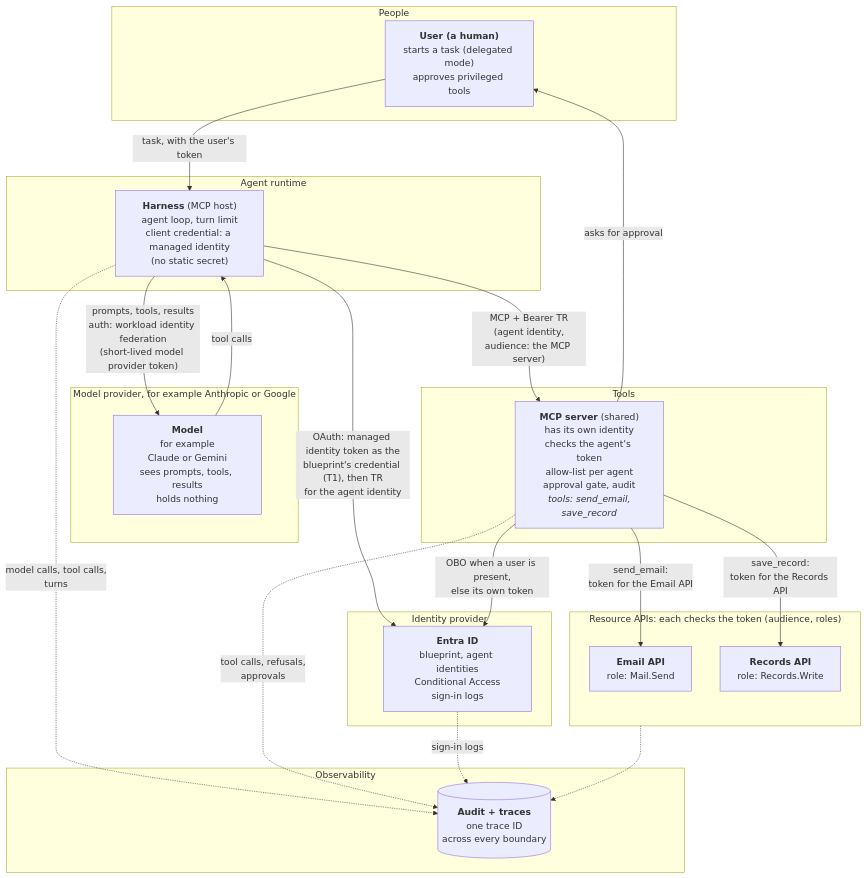
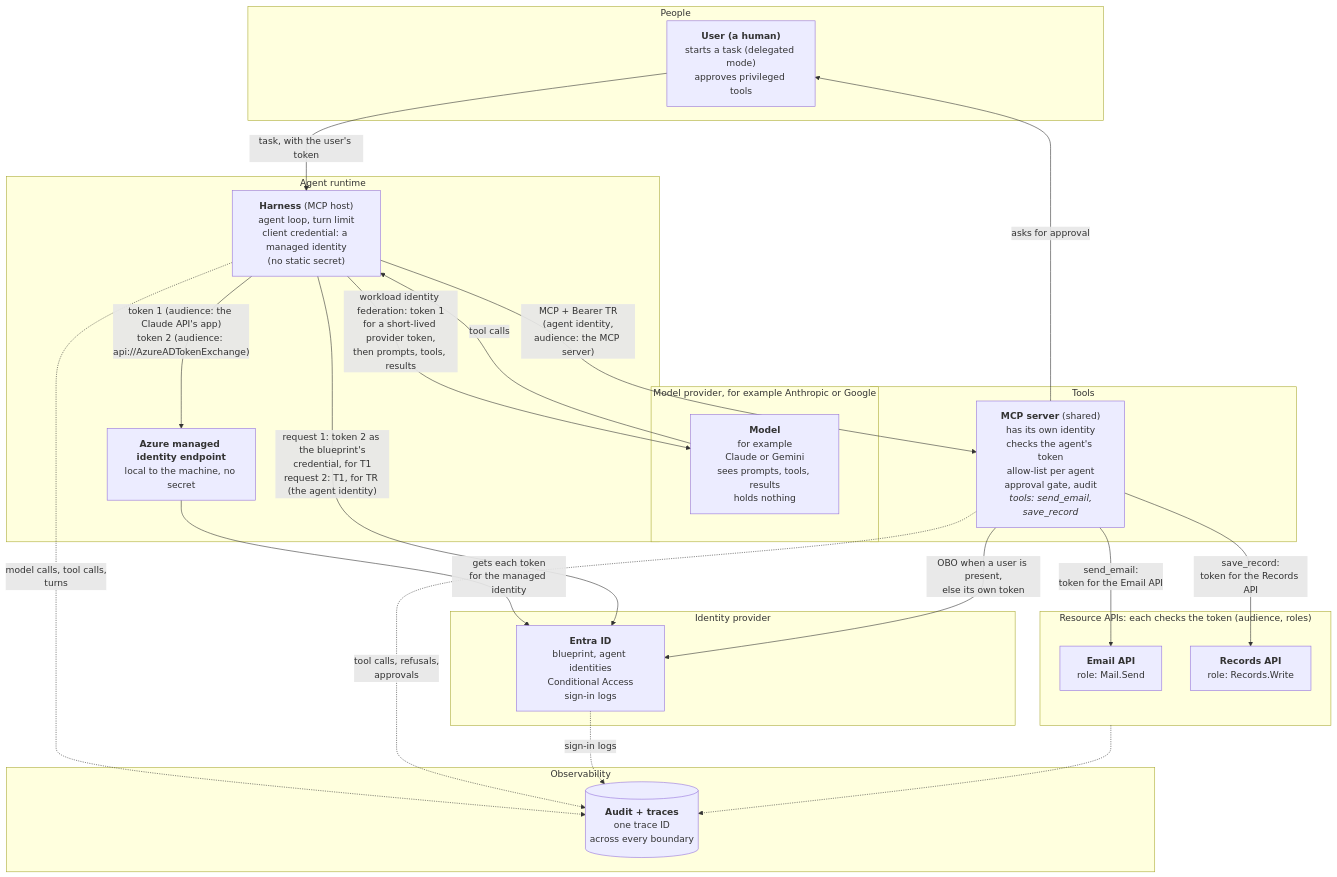
One commit to alireza-mpr/agent-steward changed the first of 2 diagrams in docs/agent-architecture.md. Above: the diagram before and after it, drawn with Mermaid. The commit also changed other lines of this file and 1 other file, not shown here.

Commit message:
docs: the harness's two Entra-issued tokens, and the grant type of every token request
- authentication.md: token 1 (Claude API audience) and token 2 (api://AzureADTokenExchange), each from the managed identity endpoint
- every token request names its full grant_type, and its client_assertion_type where a JWT proves the client
- a short note tells the two jwt-bearer values apart (RFC 7523, sections 2.1 and 2.2)
- agent-architecture.md: the enterprise diagram shows the managed identity endpoint; the harness "authenticates to" the model provider
- diagram placeholders use #lt; and #gt;, so Mermaid does not drop them as HTML

````diff
--- a/docs/agent-architecture.md
+++ b/docs/agent-architecture.md
@@ -57,45 +57,48 @@
 ```mermaid
 flowchart TB
     subgraph PEOPLE["People"]
         USER["<b>User (a human)</b><br/>starts a task (delegated mode)<br/>approves privileged tools"]
     end
 
     subgraph PROVIDER["Model provider, for example Anthropic or Google"]
         MODEL["<b>Model</b><br/>for example<br/>Claude or Gemini<br/>sees prompts, tools, results<br/>holds nothing"]
     end
 
     subgraph RUNTIME["Agent runtime"]
         HARNESS["<b>Harness</b> (MCP host)<br/>agent loop, turn limit<br/>client credential: a managed identity<br/>(no static secret)"]
+        MI["<b>Azure managed identity endpoint</b><br/>local to the machine, no secret"]
     end
 
     subgraph GATEWAY["Tools"]
         MCP["<b>MCP server</b> (shared)<br/>has its own identity<br/>checks the agent's token<br/>allow-list per agent<br/>approval gate, audit<br/><i>tools: send_email,<br/>save_record</i>"]
     end
 
     subgraph RESOURCES["Resource APIs: each checks the token (audience, roles)"]
         EMAIL["<b>Email API</b><br/>role: Mail.Send"]
         RECORDS["<b>Records API</b><br/>role: Records.Write"]
     end
 
     subgraph IDP["Identity provider"]
         ENTRA["<b>Entra ID</b><br/>blueprint, agent identities<br/>Conditional Access<br/>sign-in logs"]
     end
 
     subgraph OBS["Observability"]
         LOGS[("<b>Audit + traces</b><br/>one trace ID<br/>across every boundary")]
     end
 
     USER -- "task, with the user's token" --> HARNESS
-    HARNESS -- "prompts, tools, results<br/>auth: workload identity federation<br/>(short-lived model provider token)" --> MODEL
+    HARNESS -- "token 1 (audience: the Claude API's app)<br/>token 2 (audience: api://AzureADTokenExchange)" --> MI
+    MI -- "gets each token<br/>for the managed identity" --> ENTRA
+    HARNESS -- "workload identity federation: token 1<br/>for a short-lived provider token,<br/>then prompts, tools, results" --> MODEL
     MODEL -- "tool calls" --> HARNESS
-    HARNESS -- "OAuth: managed identity token as the<br/>blueprint's credential (T1), then TR<br/>for the agent identity" --> ENTRA
+    HARNESS -- "request 1: token 2 as the blueprint's<br/>credential, for T1<br/>request 2: T1, for TR (the agent identity)" --> ENTRA
     HARNESS -- "MCP + Bearer TR<br/>(agent identity,<br/>audience: the MCP server)" --> MCP
     MCP -- "OBO when a user is present,<br/>else its own token" --> ENTRA
     MCP -- "send_email:<br/>token for the Email API" --> EMAIL
     MCP -- "save_record:<br/>token for the Records API" --> RECORDS
     MCP -- "asks for approval" --> USER
     HARNESS -. "model calls, tool calls,<br/>turns" .-> LOGS
     MCP -. "tool calls, refusals,<br/>approvals" .-> LOGS
     RESOURCES -.-> LOGS
     ENTRA -. "sign-in logs" .-> LOGS
 ```
````
